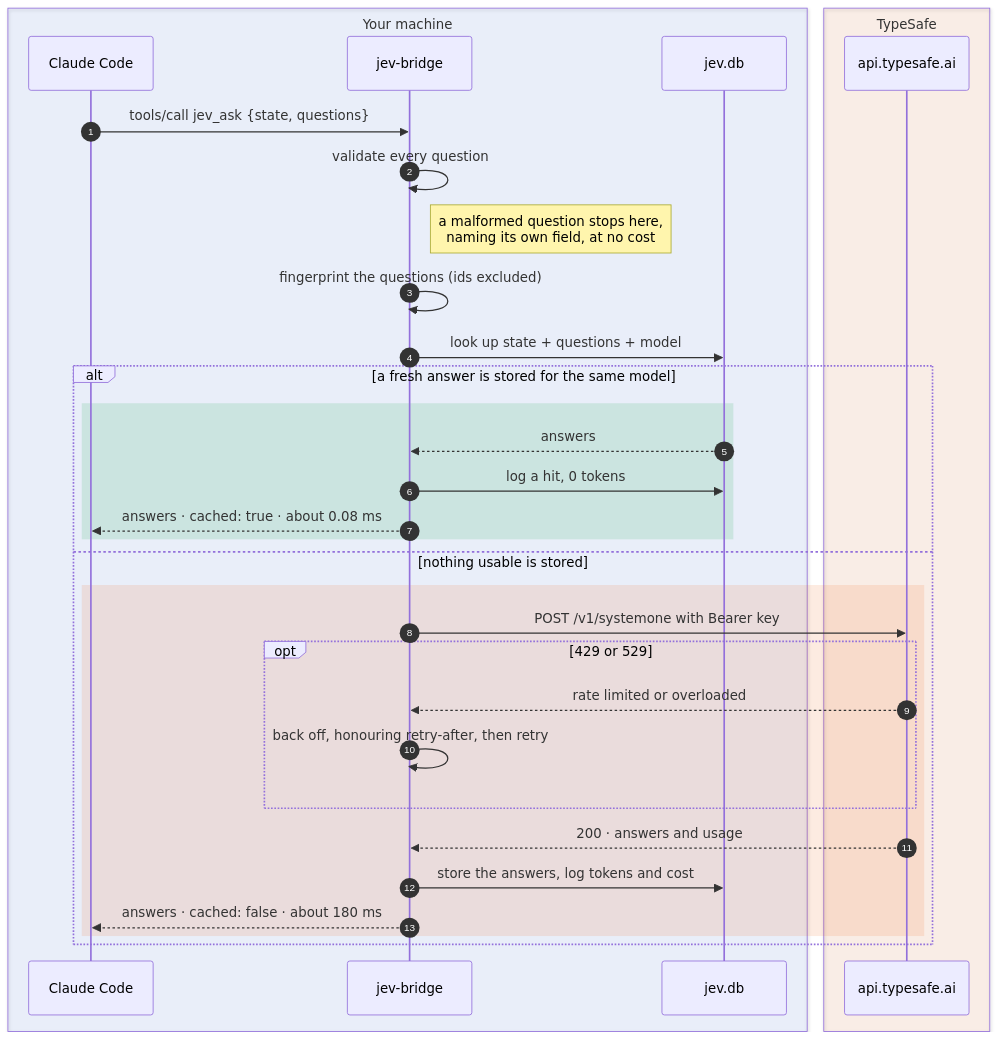
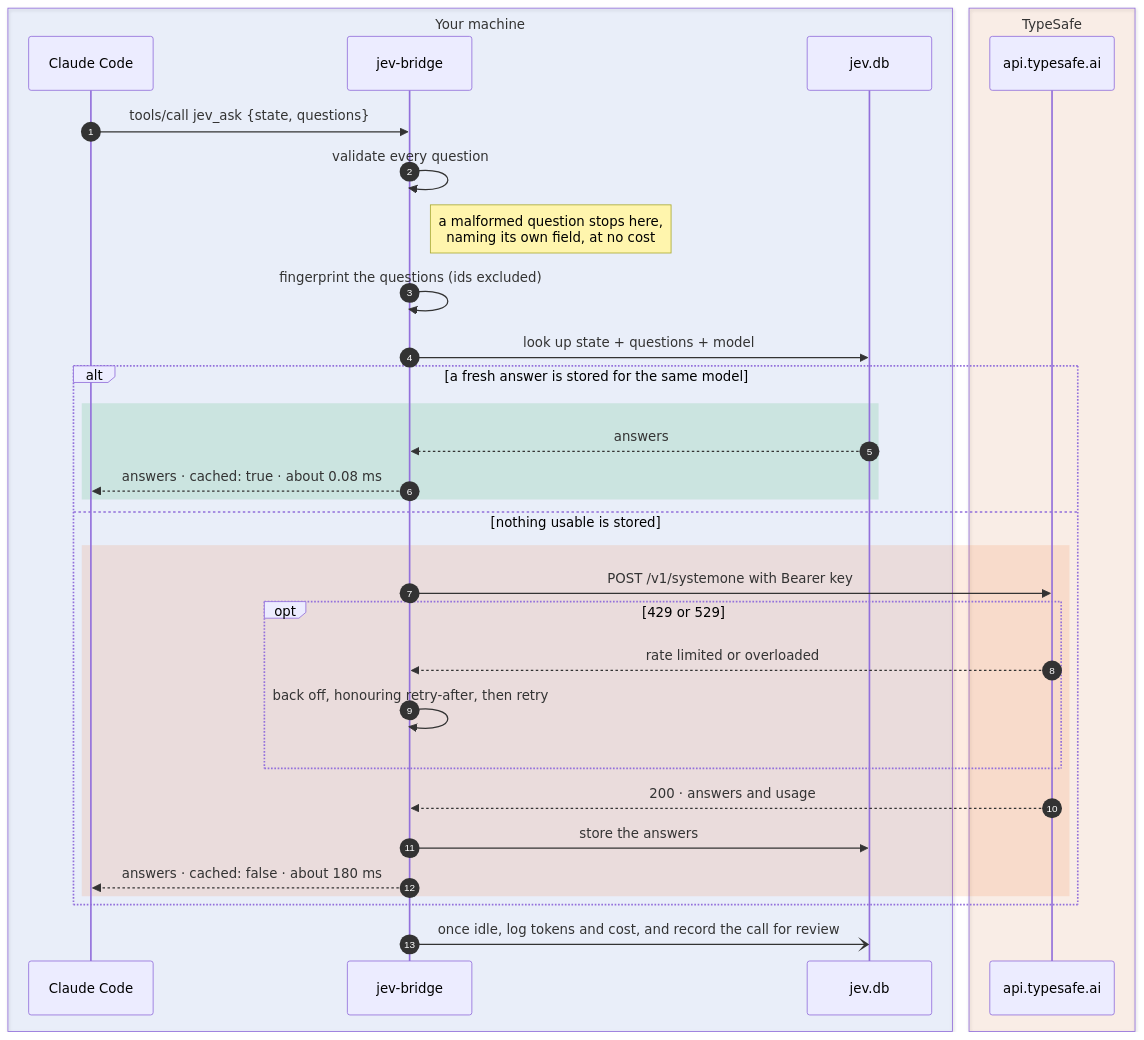
The second of 2 diagrams in README.md (lhviet/jev-bridge), drawn with Mermaid before and after one commit. The commit also changed other lines of this file and 9 other files, not shown here.

````diff
--- a/README.md
+++ b/README.md
@@ -155,37 +155,37 @@
 ```mermaid
 sequenceDiagram
   autonumber
   box rgba(37,99,235,0.08) Your machine
     participant C as Claude Code
     participant B as jev-bridge
     participant D as jev.db
   end
   box rgba(234,88,12,0.08) TypeSafe
     participant T as api.typesafe.ai
   end
 
   C->>B: tools/call jev_ask {state, questions}
   B->>B: validate every question
   Note right of B: a malformed question stops here,<br/>naming its own field, at no cost
   B->>B: fingerprint the questions (ids excluded)
   B->>D: look up state + questions + model
 
   alt a fresh answer is stored for the same model
     rect rgba(22,163,74,0.14)
       D-->>B: answers
-      B->>D: log a hit, 0 tokens
       B-->>C: answers · cached: true · about 0.08 ms
     end
   else nothing usable is stored
     rect rgba(234,88,12,0.12)
       B->>T: POST /v1/systemone with Bearer key
       opt 429 or 529
         T-->>B: rate limited or overloaded
         B->>B: back off, honouring retry-after, then retry
       end
       T-->>B: 200 · answers and usage
-      B->>D: store the answers, log tokens and cost
+      B->>D: store the answers
       B-->>C: answers · cached: false · about 180 ms
     end
   end
+  B-)D: once idle, log tokens and cost, and record the call for review
 ```
````
